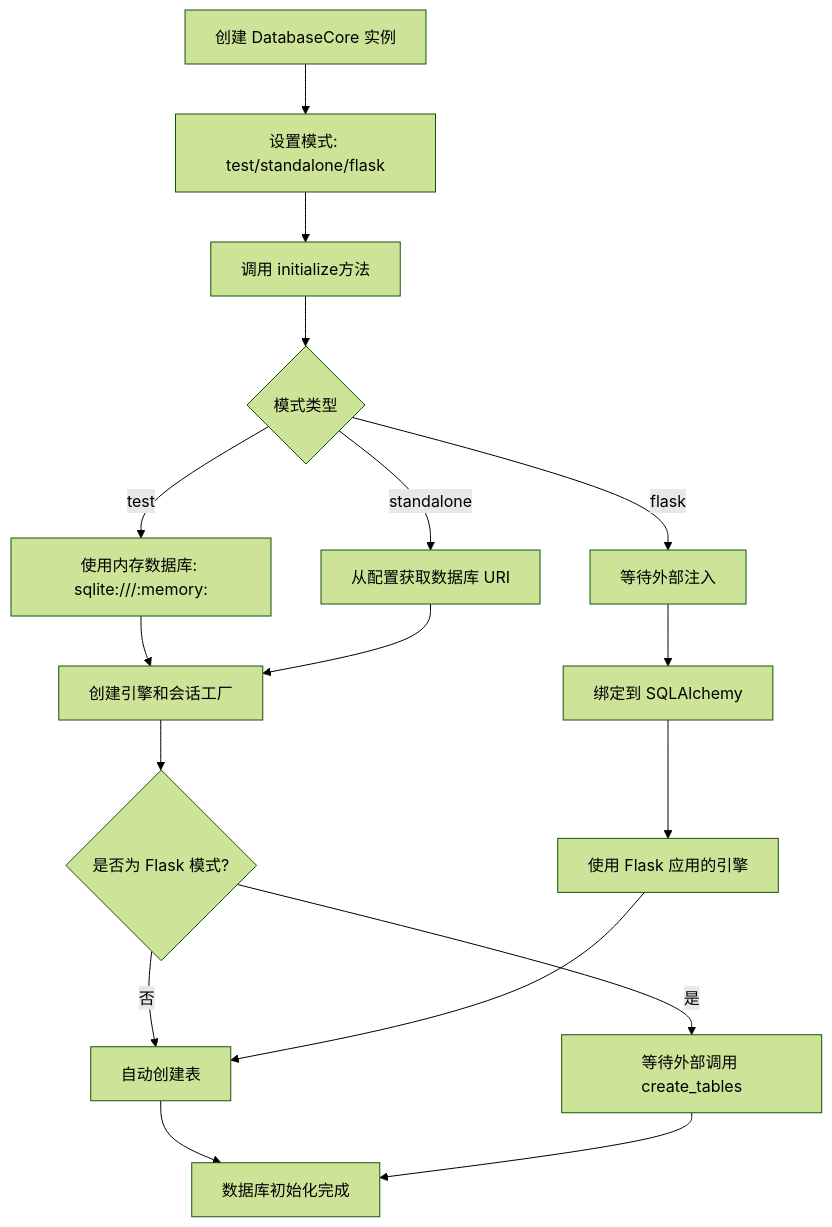
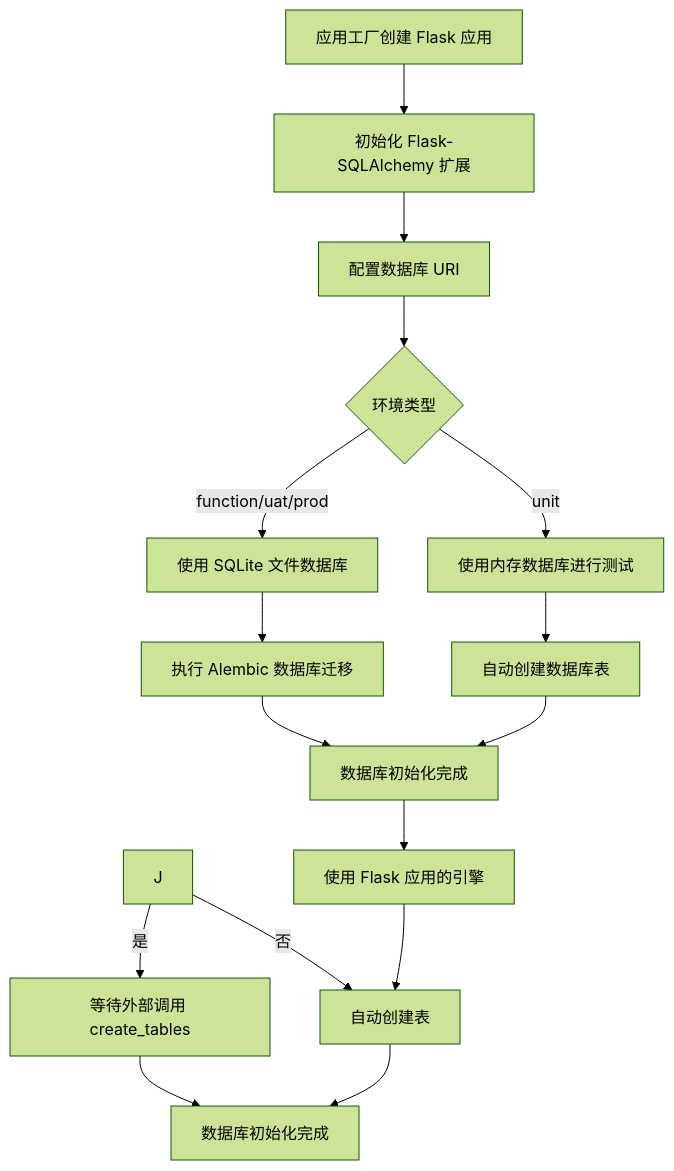
One commit to qiaoliang/wxcloudrun-flask changed the fourth of 8 diagrams in start_process.md. Above: the diagram before and after it, drawn with Mermaid (forest theme). The commit also changed other lines of this file and 12 other files, not shown here.

````diff
--- a/start_process.md
+++ b/start_process.md
@@ -136,23 +136,21 @@
 ```mermaid
 flowchart TD
-    A[创建 DatabaseCore 实例] --> B[设置模式: test/standalone/flask]
-    B --> C[调用 initialize方法]
+    A[应用工厂创建 Flask 应用] --> B[初始化 Flask-SQLAlchemy 扩展]
+    B --> C[配置数据库 URI]
 
-    C --> D{模式类型}
-    D -->|test| E[使用内存数据库: sqlite:///:memory:]
-    D -->|standalone| F[从配置获取数据库 URI]
-    D -->|flask| G[等待外部注入]
+    C --> D{环境类型}
+    D -->|unit| E[使用内存数据库进行测试]
+    D -->|function/uat/prod| F[使用 SQLite 文件数据库]
 
-    E --> H[创建引擎和会话工厂]
-    F --> H
-    G --> I[绑定到 SQLAlchemy]
-
-    H --> J{是否为 Flask 模式?}
+    E --> G[自动创建数据库表]
+    F --> H[执行 Alembic 数据库迁移]
+    G --> I[数据库初始化完成]
+    H --> I
     J -->|否| K[自动创建表]
     J -->|是| L[等待外部调用 create_tables]
 
     I --> M[使用 Flask 应用的引擎]
     M --> K
     K --> N[数据库初始化完成]
     L --> N
 ```
````
